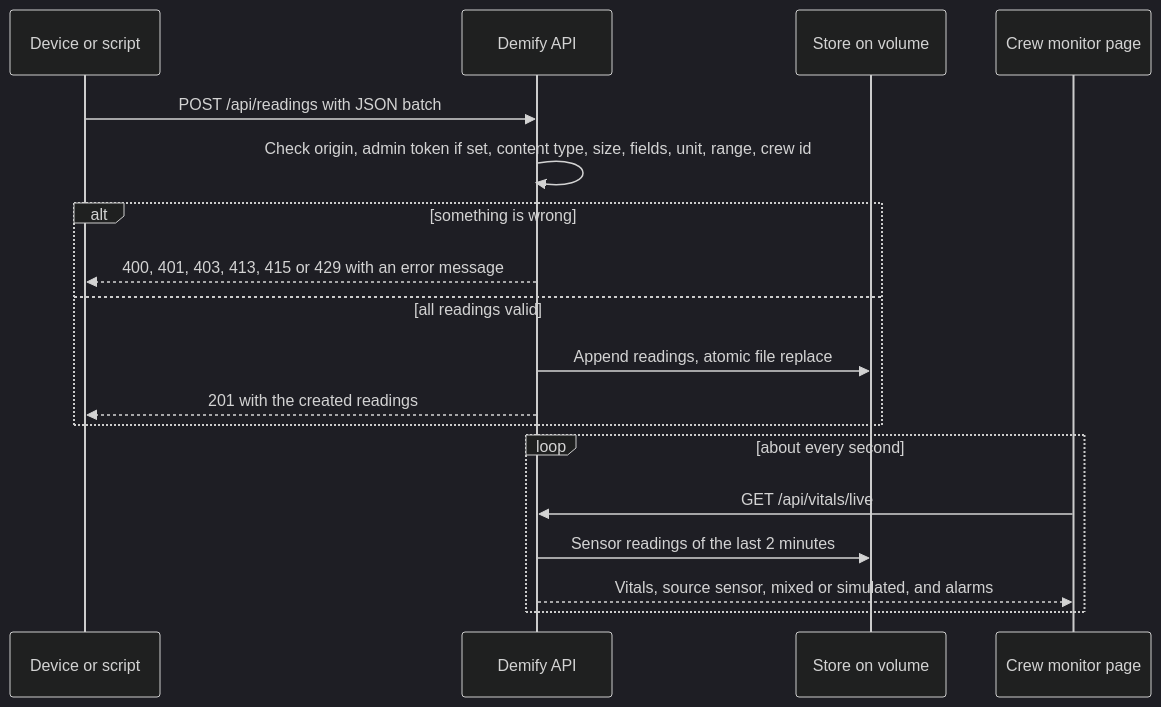
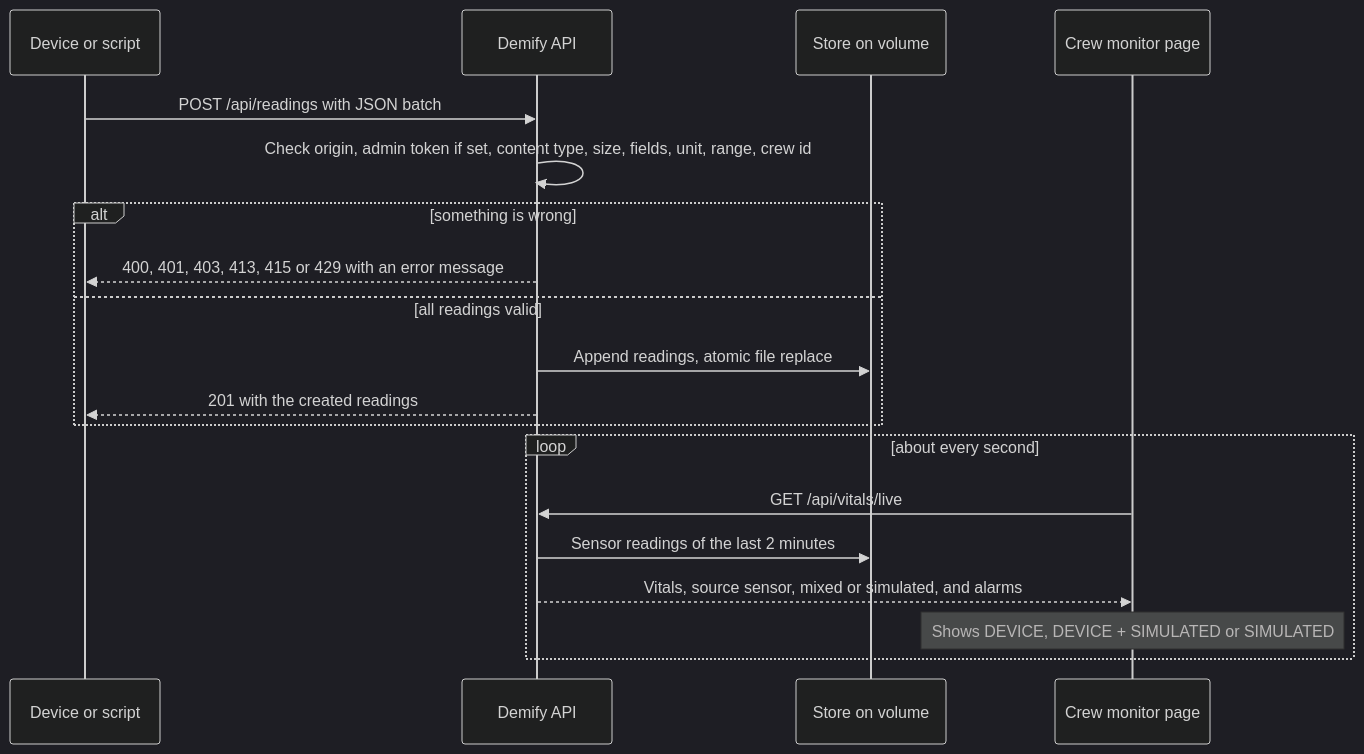
One commit to Duesi09/Demify---Health-Monitoring-Software-for-Astronauts changed the third of 7 diagrams in docs/OPERATIONS.md. Above: the diagram before and after it, drawn with Mermaid (dark theme). The commit also changed other lines of this file and 59 other files, not shown here.

````diff
--- a/docs/OPERATIONS.md
+++ b/docs/OPERATIONS.md
@@ -127,21 +127,22 @@
 ```mermaid
 sequenceDiagram
     participant D as Device or script
     participant A as Demify API
     participant S as Store on volume
     participant M as Crew monitor page
 
     D->>A: POST /api/readings with JSON batch
     A->>A: Check origin, admin token if set, content type, size, fields, unit, range, crew id
     alt something is wrong
         A-->>D: 400, 401, 403, 413, 415 or 429 with an error message
     else all readings valid
         A->>S: Append readings, atomic file replace
         A-->>D: 201 with the created readings
     end
     loop about every second
         M->>A: GET /api/vitals/live
         A->>S: Sensor readings of the last 2 minutes
         A-->>M: Vitals, source sensor, mixed or simulated, and alarms
+        Note over M: Shows DEVICE, DEVICE + SIMULATED or SIMULATED
     end
 ```
````
